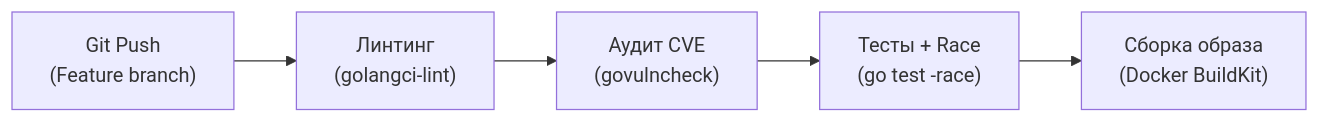
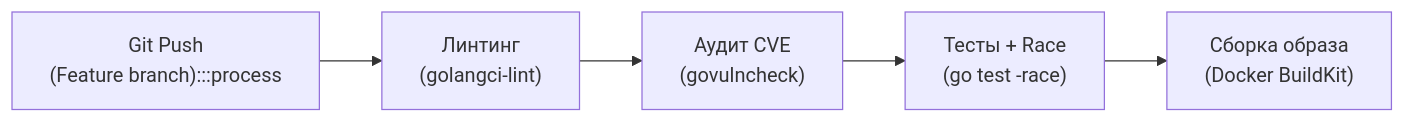
Before and after one commit to UnrealTemplier/go-textbook: the first of 3 diagrams in sources/19. Инфраструктура. Linux, nginx, Docker, Kubernetes/05. Практика/1. CI_CD и деплой.md, drawn with Mermaid. The commit also changed other lines of this file and 1666 other files, not shown here.

First line of the commit message:
feat(mermaid): add semantic color classDef to 1369 colorless flowchart/graph diagrams

````diff
--- a/sources/19. Инфраструктура. Linux, nginx, Docker, Kubernetes/05. Практика/1. CI_CD и деплой.md
+++ b/sources/19. Инфраструктура. Linux, nginx, Docker, Kubernetes/05. Практика/1. CI_CD и деплой.md
@@ -28,7 +28,17 @@
 ```mermaid
 flowchart LR
-    Commit["Git Push\n(Feature branch)"] --> Lint["Линтинг\n(golangci-lint)"]
+    classDef process  fill:#1e293b,stroke:#38bdf8,stroke-width:1px,color:#f8fafc
+    classDef success  fill:#064e3b,stroke:#34d399,stroke-width:1px,color:#f8fafc
+    classDef error    fill:#7f1d1d,stroke:#f87171,stroke-width:1px,color:#f8fafc
+    classDef warning  fill:#78350f,stroke:#fbbf24,stroke-width:1px,color:#f8fafc
+    classDef entry    fill:#1e3a5f,stroke:#38bdf8,stroke-width:2px,color:#f8fafc
+    classDef aux      fill:#334155,stroke:#64748b,stroke-width:1px,color:#f8fafc
+    classDef system   fill:#312e81,stroke:#a78bfa,stroke-width:1px,color:#f8fafc
+    classDef data     fill:#132d29,stroke:#2dd4bf,stroke-width:1px,color:#f8fafc
+    classDef network  fill:#881337,stroke:#fb7185,stroke-width:1px,color:#f8fafc
+    classDef accent   fill:#1e1b4b,stroke:#818cf8,stroke-width:1px,color:#f8fafc
+    Commit["Git Push\n(Feature branch):::process"] --> Lint["Линтинг\n(golangci-lint)"]
     Lint --> Vuln["Аудит CVE\n(govulncheck)"]
     Vuln --> Test["Тесты + Race\n(go test -race)"]
     Test --> Build["Сборка образа\n(Docker BuildKit)"]
 ```
````
